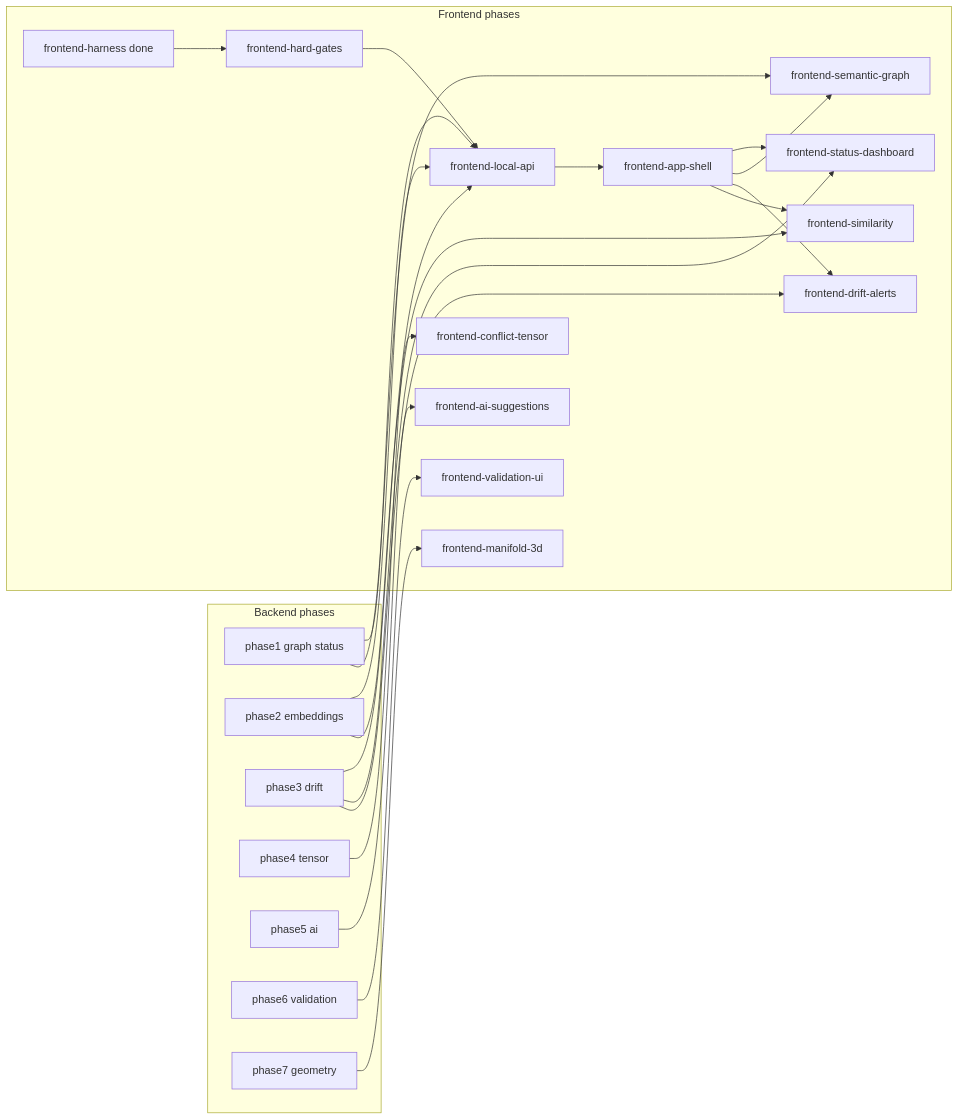
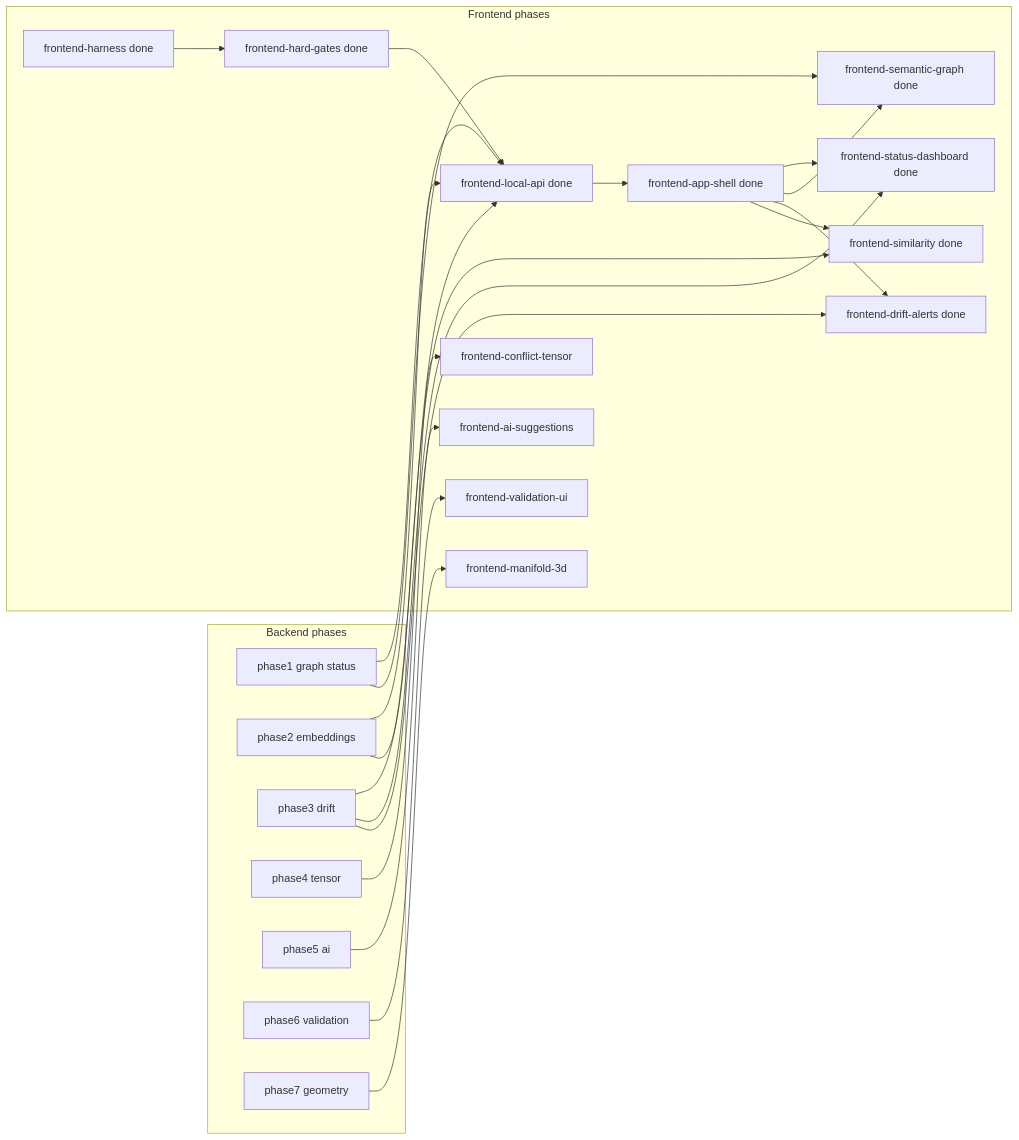
One commit to Sarthak2233/GDSS changed the diagram in docs/FRONTEND_ROADMAP.md. Above: the diagram before and after it, drawn with Mermaid. The commit also changed other lines of this file and 142 other files, not shown here.

````diff
--- a/docs/FRONTEND_ROADMAP.md
+++ b/docs/FRONTEND_ROADMAP.md
@@ -23,42 +29,42 @@
 ```mermaid
 flowchart LR
   subgraph backend [Backend phases]
     B1[phase1 graph status]
     B2[phase2 embeddings]
     B3[phase3 drift]
     B4[phase4 tensor]
     B5[phase5 ai]
     B6[phase6 validation]
     B7[phase7 geometry]
   end
   subgraph frontend [Frontend phases]
     F0[frontend-harness done]
-    Fg[frontend-hard-gates]
-    Fa[frontend-local-api]
-    Fs[frontend-app-shell]
-    Fd[frontend-status-dashboard]
-    Fgph[frontend-semantic-graph]
-    Fdr[frontend-drift-alerts]
-    Fsim[frontend-similarity]
+    Fg[frontend-hard-gates done]
+    Fa[frontend-local-api done]
+    Fs[frontend-app-shell done]
+    Fd[frontend-status-dashboard done]
+    Fgph[frontend-semantic-graph done]
+    Fdr[frontend-drift-alerts done]
+    Fsim[frontend-similarity done]
     Ften[frontend-conflict-tensor]
     Fai[frontend-ai-suggestions]
     Fval[frontend-validation-ui]
     F3d[frontend-manifold-3d]
   end
   F0 --> Fg --> Fa --> Fs
   Fs --> Fd
   Fs --> Fgph
   Fs --> Fdr
   Fs --> Fsim
   B1 --> Fa
   B3 --> Fa
   B2 --> Fa
   B1 --> Fgph
   B3 --> Fd
   B3 --> Fdr
   B2 --> Fsim
   B4 --> Ften
   B5 --> Fai
   B6 --> Fval
   B7 --> F3d
 ```
````
